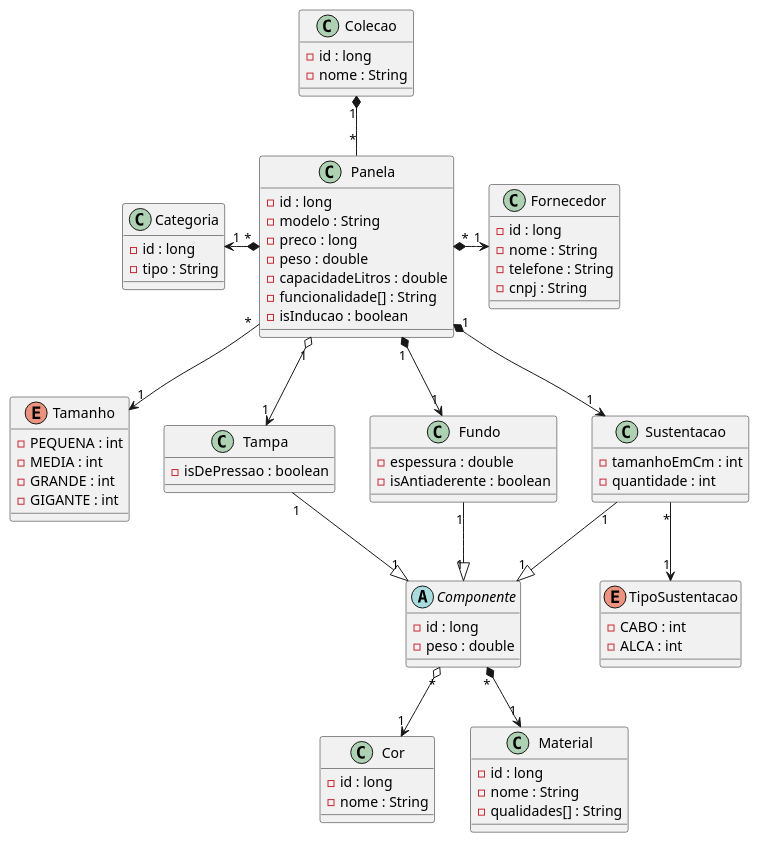
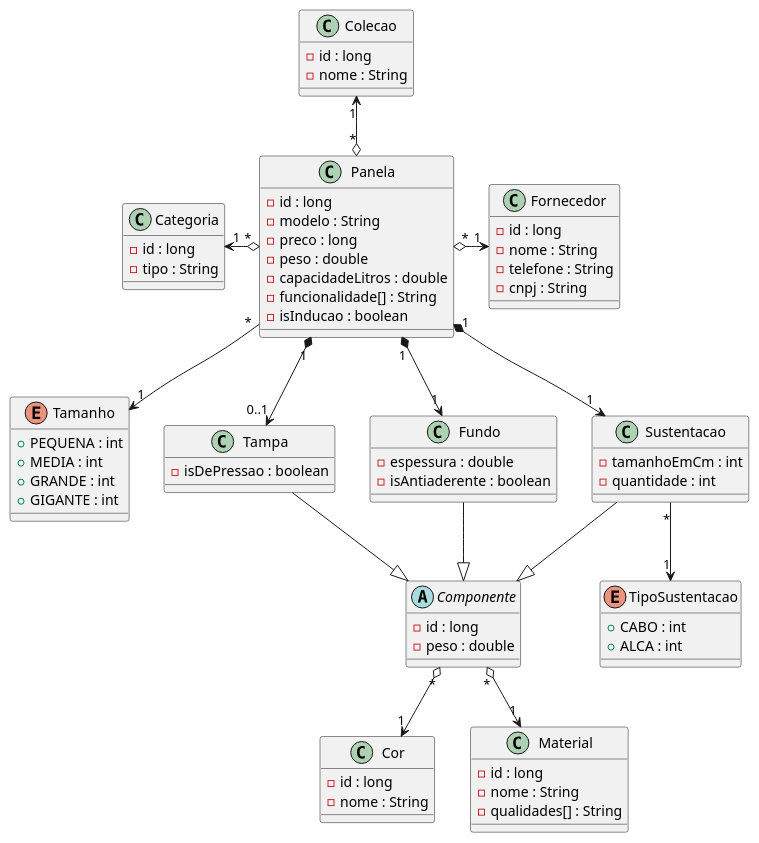
Before and after one commit to UniLeandroTR/Ecommerce_de_Panelas: the diagram in panelas.plantuml, drawn with PlantUML.

Commit message:
Updated uml

```diff
--- a/panelas.plantuml
+++ b/panelas.plantuml
@@ -1,83 +1,83 @@
 @startuml
 class Panela{
 - id : long
 - modelo : String
 - preco : long
 - peso : double
 - capacidadeLitros : double
 - funcionalidade[] : String
 - isInducao : boolean
 }
 
 class Colecao{
 - id : long
 - nome : String
 }
 
 class Categoria{
 - id : long
 - tipo : String
 }
 
 class Cor{
 - id : long
 - nome : String
 }
 
 abstract Componente{
 - id : long
 - peso : double
 }
 
 enum Tamanho{
-- PEQUENA : int
-- MEDIA : int
-- GRANDE : int
-- GIGANTE : int
++ PEQUENA : int
++ MEDIA : int
++ GRANDE : int
++ GIGANTE : int
 }
 
 enum TipoSustentacao{
-- CABO : int
-- ALCA : int
++ CABO : int
++ ALCA : int
 }
 class Fornecedor{
 - id : long
 - nome : String
 - telefone : String
 - cnpj : String
 }
 
 class Material{
 - id : long
 - nome : String
 - qualidades[] : String
 }
 
 class Tampa{
 - isDePressao : boolean
 }
 
 class Fundo{
 - espessura : double
 - isAntiaderente : boolean
 }
 
 class Sustentacao{
 - tamanhoEmCm : int
 - quantidade : int
 }
 
-Colecao "1" *-- "*" Panela
+Panela "*" o-up-> "1" Colecao
 Panela "1" *--> "1" Fundo
 Panela "1" *--> "1" Sustentacao
-Panela "1" o--> "1" Tampa
-Panela "*" *-right-> "1" Fornecedor
+Panela "1" *--> "0..1" Tampa
+Panela "*" o-right-> "1" Fornecedor
 Panela "*" --> "1" Tamanho
-Panela "*" *-left-> "1" Categoria
-Fundo "1" --|> "1" Componente
-Tampa "1" --|> "1" Componente
-Sustentacao "1" --|> "1" Componente
+Panela "*" o-left-> "1" Categoria
+Fundo --|>  Componente
+Tampa --|>  Componente
+Sustentacao --|> Componente
 Sustentacao "*" --> "1" TipoSustentacao
-Componente "*" *--> "1" Material
+Componente "*" o--> "1" Material
 Componente "*" o--> "1" Cor
 @enduml
```
